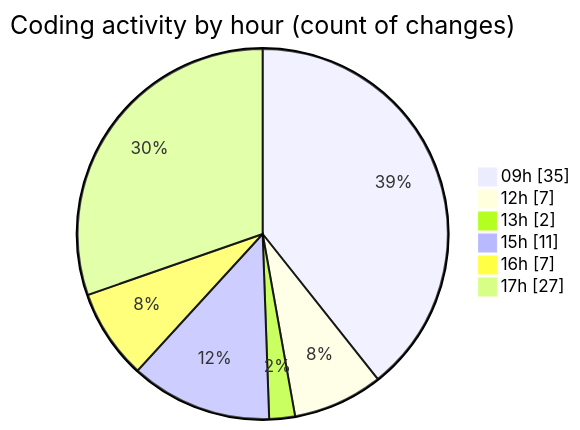
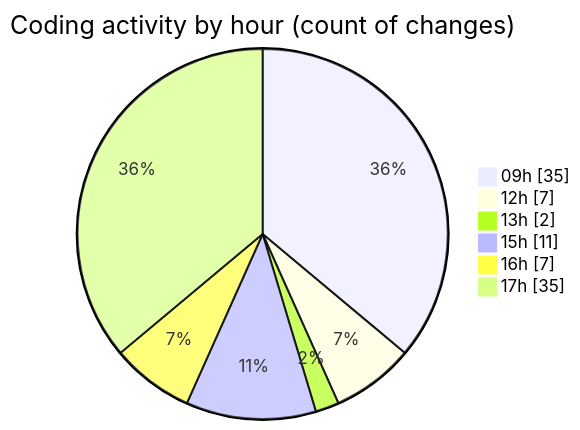
The second of 2 diagrams in 2026-06-11/cda/README.md (momahboobian/code-tracking), drawn with Mermaid before and after one commit. The commit also changed other lines of this file and 1 other file, not shown here.

````diff
--- a/2026-06-11/cda/README.md
+++ b/2026-06-11/cda/README.md
@@ -68,10 +69,10 @@
 ```mermaid
 pie showData
 title Coding activity by hour (count of changes)
 "09h" : 35
 "12h" : 7
 "13h" : 2
 "15h" : 11
 "16h" : 7
-"17h" : 27
+"17h" : 35
 ```
````
